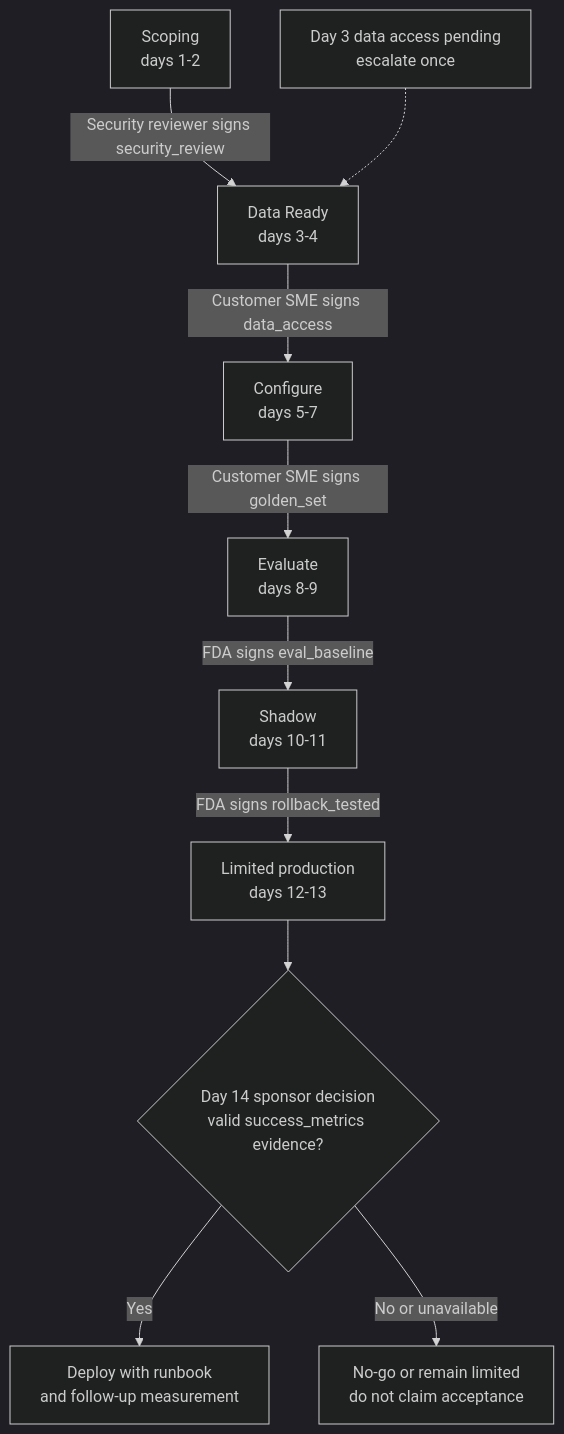
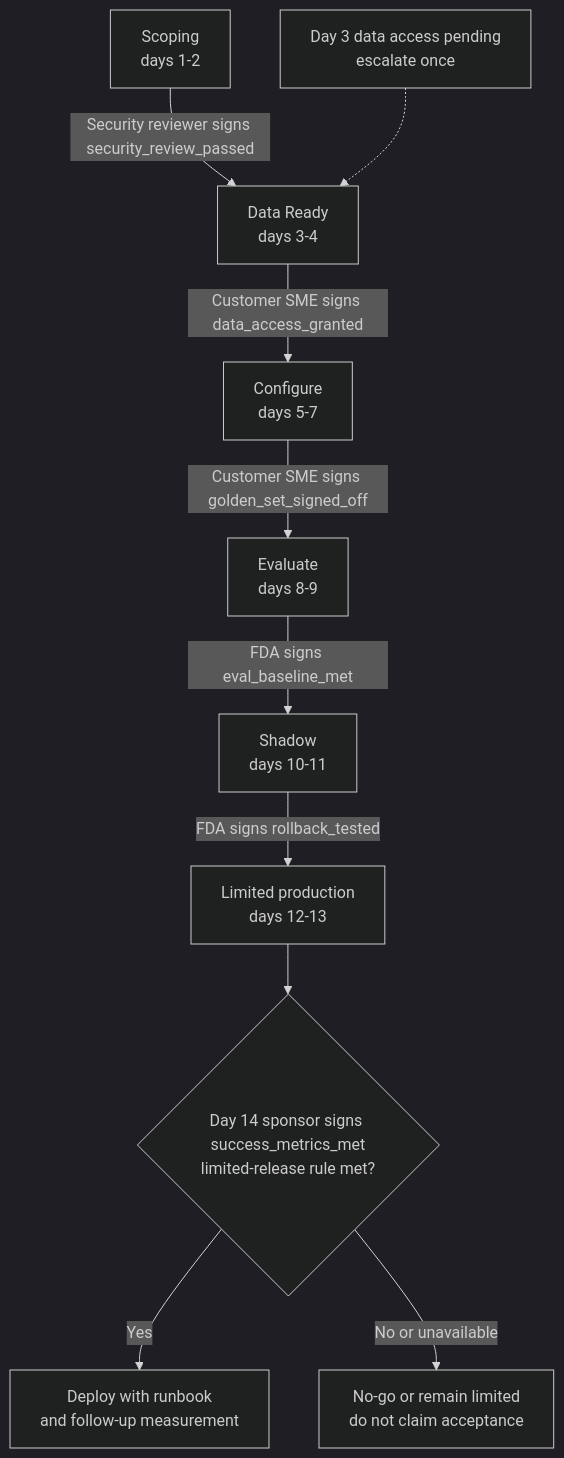
The diagram in 01_Concept_Tutorials/Consolidated_Lessons/T5.4_Casebook_Classic_AI_Designs/09_Delivering_an_Agent_in_Two_Weeks_with_Enforced_Gates.md (Sourav692/Forward-Deployed-Engineer-Interview-Prep), drawn with Mermaid (dark theme) before and after one commit. The commit also changed other lines of this file and 143 other files, not shown here.

````diff
--- a/01_Concept_Tutorials/Consolidated_Lessons/T5.4_Casebook_Classic_AI_Designs/09_Delivering_an_Agent_in_Two_Weeks_with_Enforced_Gates.md
+++ b/01_Concept_Tutorials/Consolidated_Lessons/T5.4_Casebook_Classic_AI_Designs/09_Delivering_an_Agent_in_Two_Weeks_with_Enforced_Gates.md
@@ -31,12 +31,12 @@
 ```mermaid
 flowchart TB
-    S["Scoping<br/>days 1-2"] -->|Security reviewer signs security_review| D["Data Ready<br/>days 3-4"]
-    D -->|Customer SME signs data_access| C["Configure<br/>days 5-7"]
-    C -->|Customer SME signs golden_set| E["Evaluate<br/>days 8-9"]
-    E -->|FDA signs eval_baseline| H["Shadow<br/>days 10-11"]
+    S["Scoping<br/>days 1-2"] -->|Security reviewer signs security_review_passed| D["Data Ready<br/>days 3-4"]
+    D -->|Customer SME signs data_access_granted| C["Configure<br/>days 5-7"]
+    C -->|Customer SME signs golden_set_signed_off| E["Evaluate<br/>days 8-9"]
+    E -->|FDA signs eval_baseline_met| H["Shadow<br/>days 10-11"]
     H -->|FDA signs rollback_tested| L["Limited production<br/>days 12-13"]
-    L --> G{"Day 14 sponsor decision<br/>valid success_metrics evidence?"}
+    L --> G{"Day 14 sponsor signs success_metrics_met<br/>limited-release rule met?"}
     G -->|Yes| P["Deploy with runbook<br/>and follow-up measurement"]
     G -->|No or unavailable| N["No-go or remain limited<br/>do not claim acceptance"]
     X["Day 3 data access pending<br/>escalate once"] -.-> D
 ```
````
